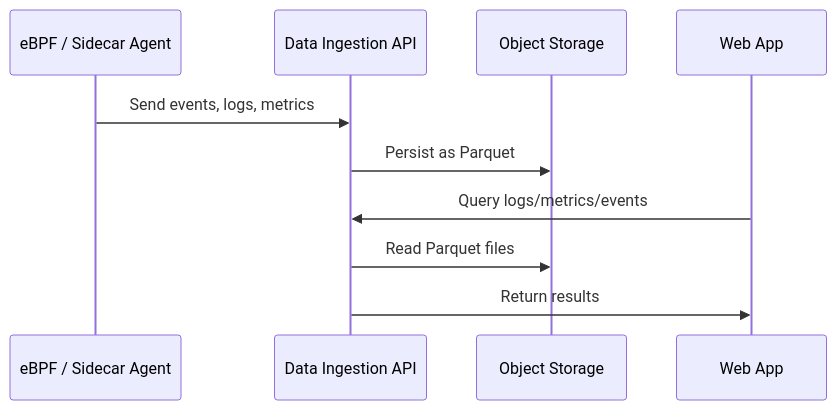
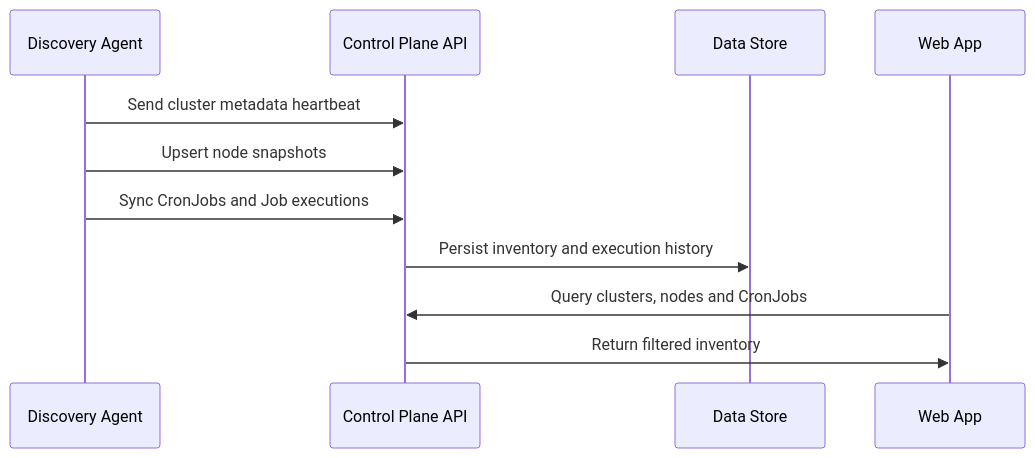
One commit to Arguz-Labs/Arguz-Docs changed the third of 4 diagrams in docs/getting-started/architecture.md. Above: the diagram before and after it, drawn with Mermaid. The commit also changed other lines of this file and 59 other files, not shown here.

````diff
--- a/docs/getting-started/architecture.md
+++ b/docs/getting-started/architecture.md
@@ -139,13 +117,14 @@
 ```mermaid
 sequenceDiagram
-    participant eBPF as eBPF / Sidecar Agent
-    participant DI as Data Ingestion API
-    participant Storage as Object Storage
+    participant Agent as Discovery Agent
+    participant API as Control Plane API
+    participant DB as Data Store
     participant Front as Web App
 
-    eBPF->>DI: Send events, logs, metrics
-    DI->>Storage: Persist as Parquet
-    Front->>DI: Query logs/metrics/events
-    DI->>Storage: Read Parquet files
-    DI->>Front: Return results
+    Agent->>API: Send cluster metadata heartbeat
+    Agent->>API: Upsert node snapshots
+    Agent->>API: Sync CronJobs and Job executions
+    API->>DB: Persist inventory and execution history
+    Front->>API: Query clusters, nodes and CronJobs
+    API->>Front: Return filtered inventory
 ```
````
